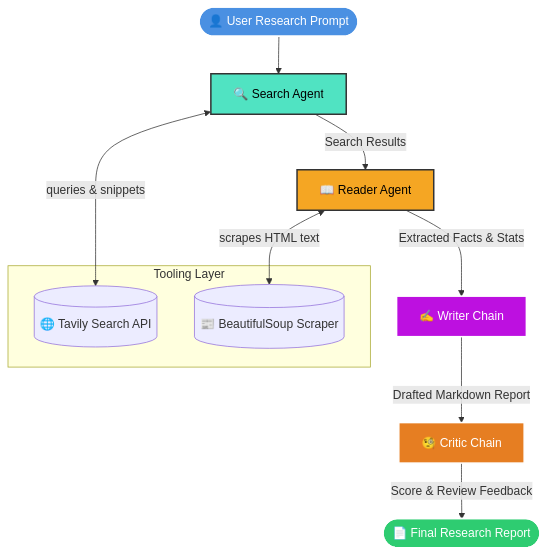
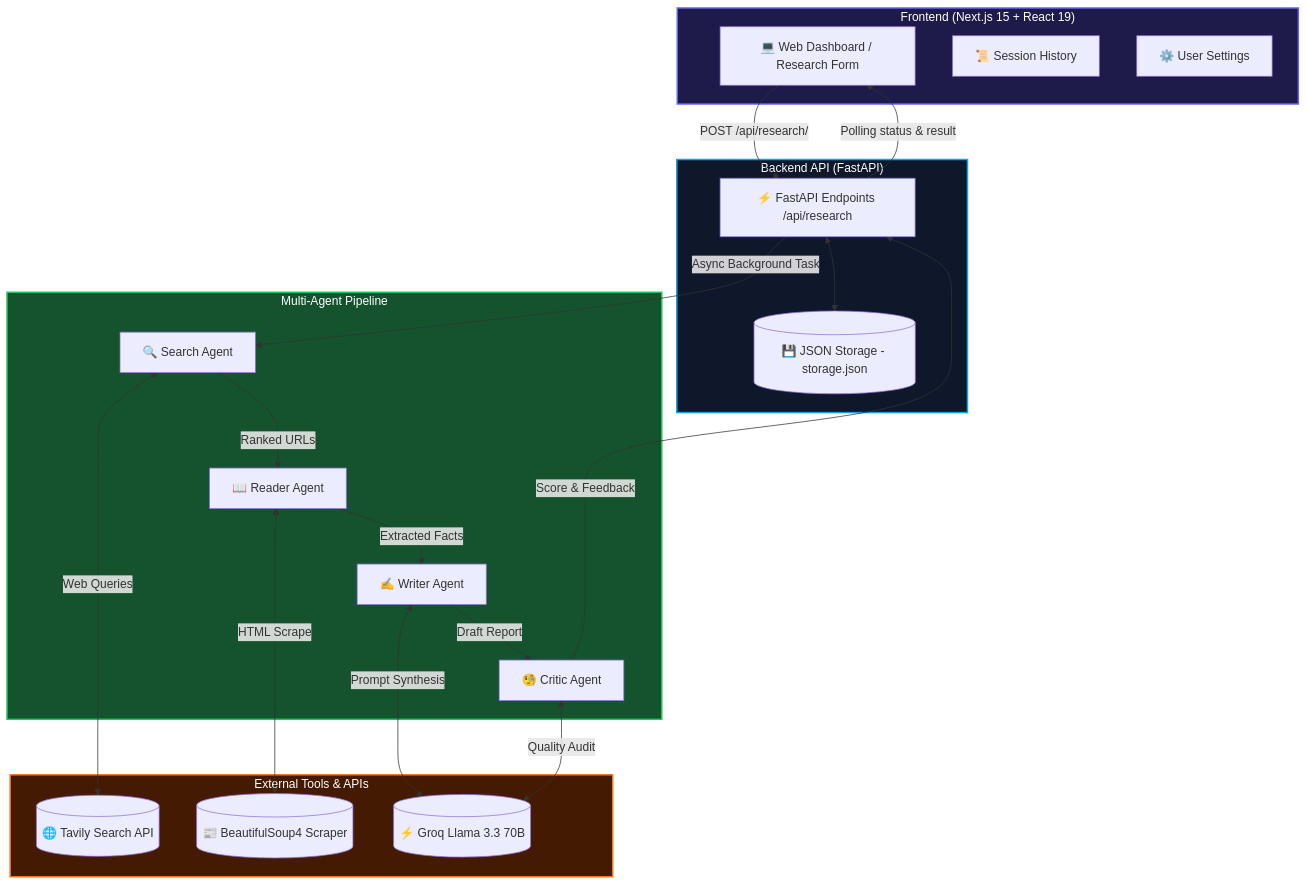
One commit to raazix/Multi-Agent-Research-Assistant changed the diagram in README.md. Above: the diagram before and after it, drawn with Mermaid. The commit also changed other lines of this file and 3 other files, not shown here.

````diff
--- a/README.md
+++ b/README.md
@@ -74,25 +53,49 @@
 ```mermaid
 flowchart TD
-    User([👤 User Research Prompt]) --> SearchAgent[🔍 Search Agent]
-    
-    subgraph Tooling Layer
-        TavilyAPI[(🌐 Tavily Search API)]
-        WebScraper[(📰 BeautifulSoup Scraper)]
+    subgraph Client ["Frontend (Next.js 15 + React 19)"]
+        UI[💻 Web Dashboard / Research Form]
+        HistoryView[📜 Session History]
+        SettingsView[⚙️ User Settings]
     end
 
-    SearchAgent <-->|queries & snippets| TavilyAPI
-    SearchAgent -->|Search Results| ReaderAgent[📖 Reader Agent]
+    subgraph Server ["Backend API (FastAPI)"]
+        API[⚡ FastAPI Endpoints /api/research]
+        Storage[(💾 JSON Storage - storage.json)]
+    end
+
+    subgraph AgentPipeline ["Multi-Agent Pipeline"]
+        SearchAgent[🔍 Search Agent]
+        ReaderAgent[📖 Reader Agent]
+        WriterChain[✍️ Writer Agent]
+        CriticChain[🧐 Critic Agent]
+    end
+
+    subgraph ExternalTools ["External Tools & APIs"]
+        TavilyAPI[(🌐 Tavily Search API)]
+        Scraper[(📰 BeautifulSoup4 Scraper)]
+        GroqLLM[(⚡ Groq Llama 3.3 70B)]
+    end
+
+    UI -->|POST /api/research/| API
+    API -->|Async Background Task| SearchAgent
     
-    ReaderAgent <-->|scrapes HTML text| WebScraper
-    ReaderAgent -->|Extracted Facts & Stats| WriterChain[✍️ Writer Chain]
+    SearchAgent <-->|Web Queries| TavilyAPI
+    SearchAgent -->|Ranked URLs| ReaderAgent
     
-    WriterChain -->|Drafted Markdown Report| CriticChain[🧐 Critic Chain]
-    CriticChain -->|Score & Review Feedback| FinalReport([📄 Final Research Report])
+    ReaderAgent <-->|HTML Scrape| Scraper
+    ReaderAgent -->|Extracted Facts| WriterChain
+    
+    WriterChain <-->|Prompt Synthesis| GroqLLM
+    WriterChain -->|Draft Report| CriticChain
+    
+    CriticChain <-->|Quality Audit| GroqLLM
+    CriticChain -->|Score & Feedback| API
+    
+    API <--> Storage
+    API -->|Polling status & result| UI
 
-    style User fill:#4A90E2,stroke:#fff,stroke-width:2px,color:#fff
-    style SearchAgent fill:#50E3C2,stroke:#333,stroke-width:2px,color:#000
-    style ReaderAgent fill:#F5A623,stroke:#333,stroke-width:2px,color:#000
-    style WriterChain fill:#BD10E0,stroke:#fff,stroke-width:2px,color:#fff
-    style CriticChain fill:#E67E22,stroke:#fff,stroke-width:2px,color:#fff
-    style FinalReport fill:#2ECC71,stroke:#fff,stroke-width:2px,color:#fff
+    style Client fill:#1e1b4b,stroke:#6366f1,stroke-width:2px,color:#fff
+    style Server fill:#0f172a,stroke:#0ea5e9,stroke-width:2px,color:#fff
+    style AgentPipeline fill:#14532d,stroke:#22c55e,stroke-width:2px,color:#fff
+    style ExternalTools fill:#451a03,stroke:#f97316,stroke-width:2px,color:#fff
 ```
````
